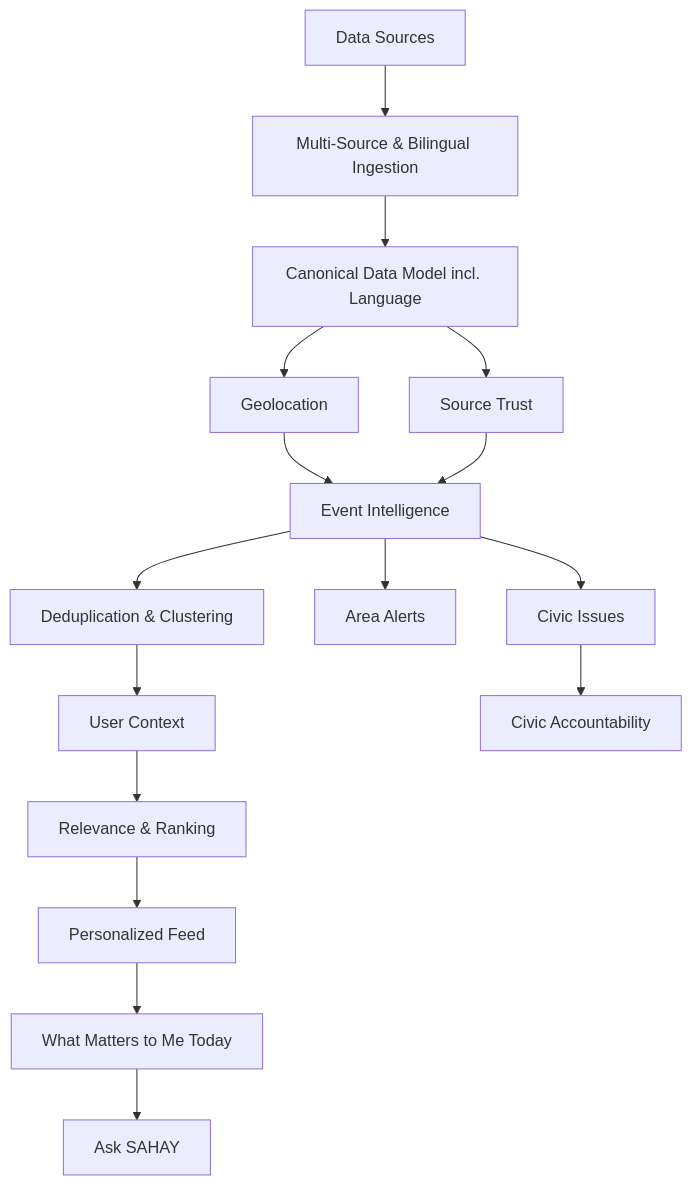
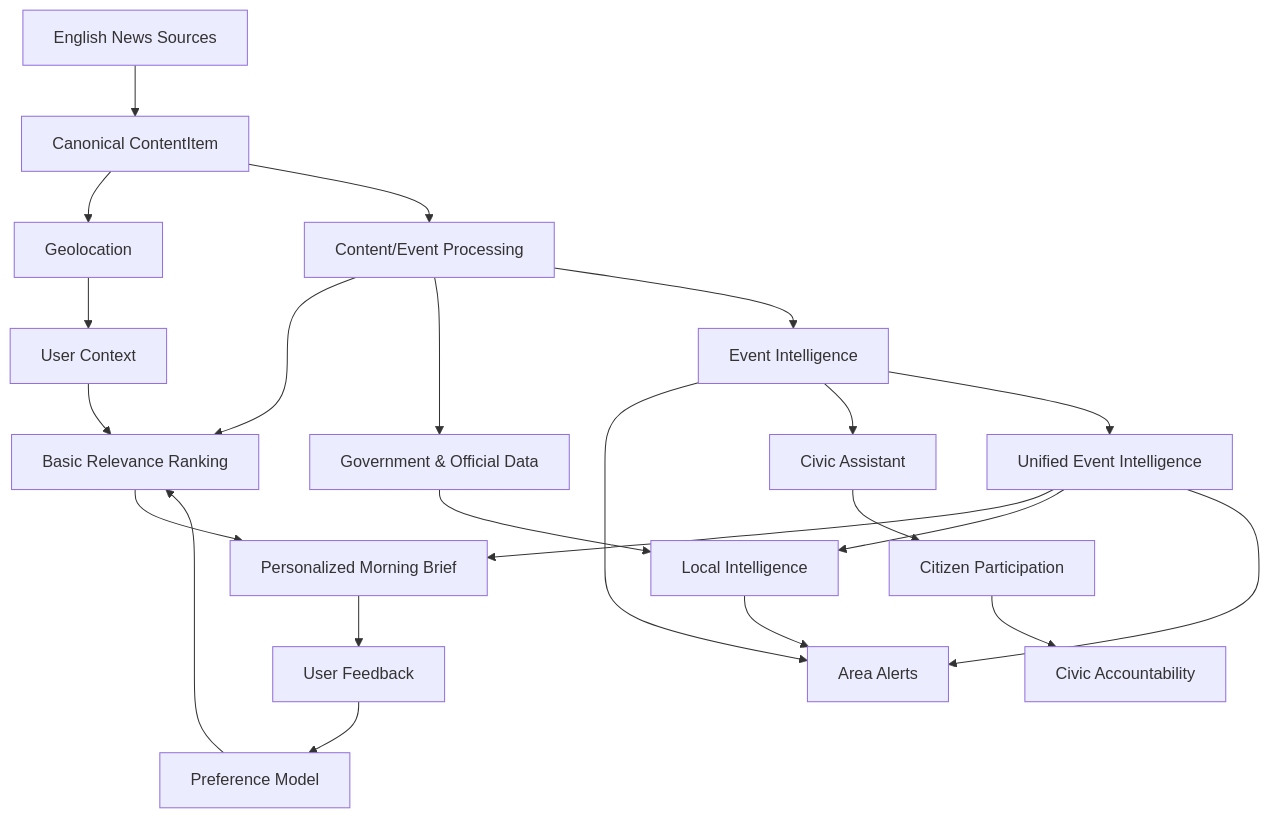
The diagram in docs/roadmap.md (mpratap-dev/sahay-backend), drawn with Mermaid before and after one commit. The commit also changed other lines of this file and 22 other files, not shown here.

Commit message:
Added basic de-duplication logic and fixed ingestion errors

````diff
--- a/docs/roadmap.md
+++ b/docs/roadmap.md
@@ -278,18 +164,30 @@
 ```mermaid
 graph TD
-	A[Data Sources] --> A2[Multi-Source & Bilingual Ingestion]
-	A2 --> B[Canonical Data Model incl. Language]
-	B --> D[Geolocation]
-	B --> E[Source Trust]
-	D --> F[Event Intelligence]
-	E --> F
-	F --> G[Deduplication & Clustering]
-	G --> H[User Context]
-	H --> I[Relevance & Ranking]
-	I --> J[Personalized Feed]
-	J --> K[What Matters to Me Today]
-	F --> L[Area Alerts]
-	F --> M[Civic Issues]
-	M --> N[Civic Accountability]
-	K --> O[Ask SAHAY]
+
+  A[English News Sources] --> B[Canonical ContentItem]
+  B --> C[Geolocation]
+  B --> D[Content/Event Processing]
+  C --> E[User Context]
+  D --> F[Basic Relevance Ranking]
+  E --> F
+  F --> G[Personalized Morning Brief]
+  G --> H[User Feedback]
+  H --> I[Preference Model]
+  I --> F
+
+  D --> J[Government & Official Data]
+  J --> K[Local Intelligence]
+  K --> L[Area Alerts]
+
+  D --> M[Event Intelligence]
+  M --> L
+  M --> N[Civic Assistant]
+
+  N --> O[Citizen Participation]
+  O --> P[Civic Accountability]
+
+  M --> Q[Unified Event Intelligence]
+  Q --> G
+  Q --> K
+  Q --> L
 ```
````
